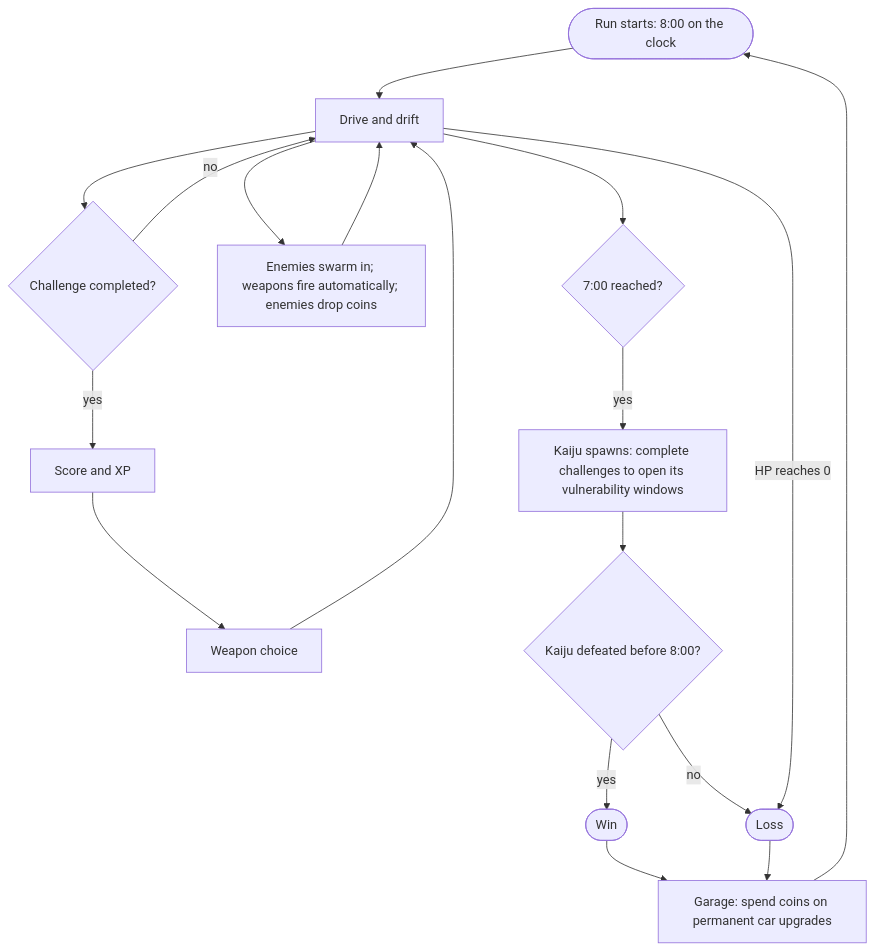
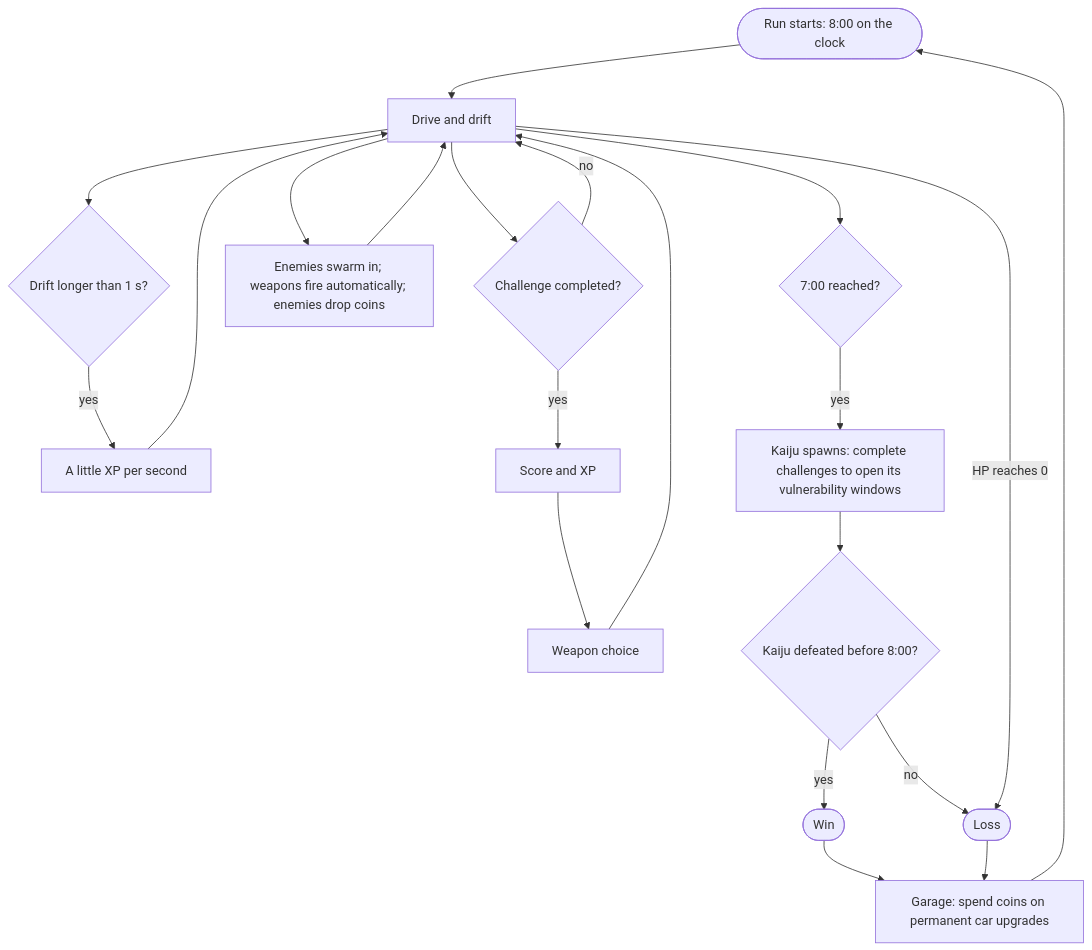
The diagram in docs/game-loop-architecture.md (akyrat/solid-carbide-game), drawn with Mermaid before and after one commit. The commit also changed other lines of this file and 6 other files, not shown here.

````diff
--- a/docs/game-loop-architecture.md
+++ b/docs/game-loop-architecture.md
@@ -32,17 +33,19 @@
 ```mermaid
 flowchart TD
     start([Run starts: 8:00 on the clock]) --> drive[Drive and drift]
+    drive --> drift{Drift longer than 1 s?}
+    drift -- yes --> dxp[A little XP per second] --> drive
     drive --> challenge{Challenge completed?}
     challenge -- yes --> xp[Score and XP] --> choice[Weapon choice] --> drive
     challenge -- no --> drive
     drive --> enemies[Enemies swarm in; weapons fire automatically; enemies drop coins] --> drive
     drive --> boss{7:00 reached?}
     boss -- yes --> kaiju[Kaiju spawns: complete challenges to open its vulnerability windows]
     kaiju --> win{Kaiju defeated before 8:00?}
     win -- yes --> won([Win])
     win -- no --> lost([Loss])
     drive -- HP reaches 0 --> lost
     won --> garage[Garage: spend coins on permanent car upgrades]
     lost --> garage
     garage --> start
 ```
````
